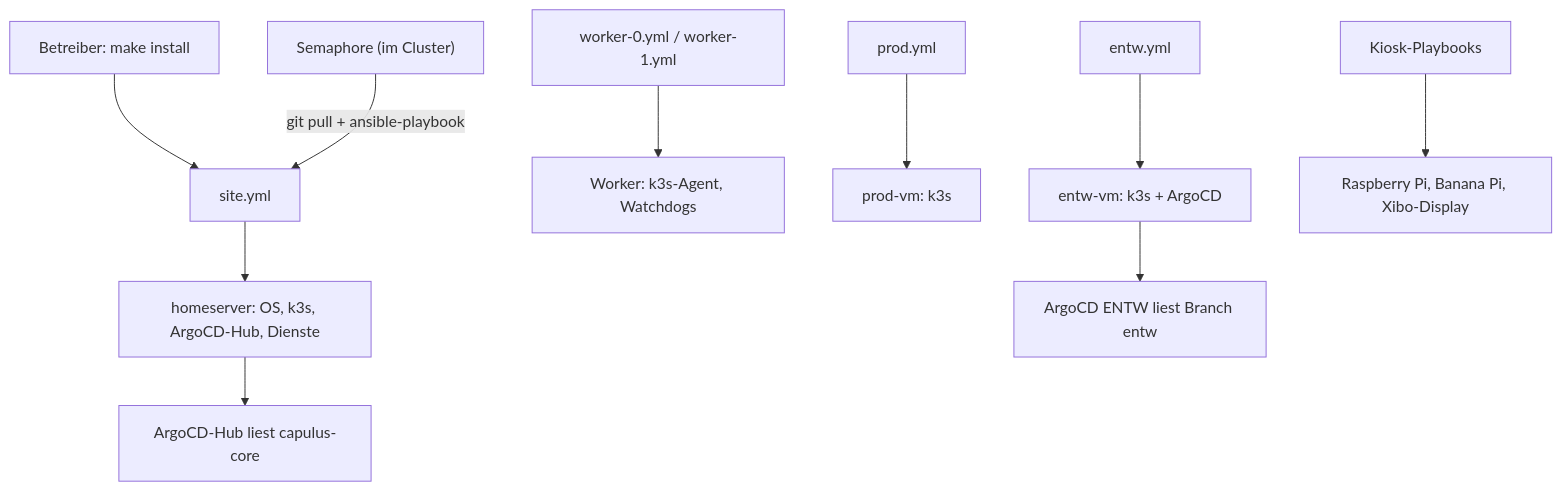
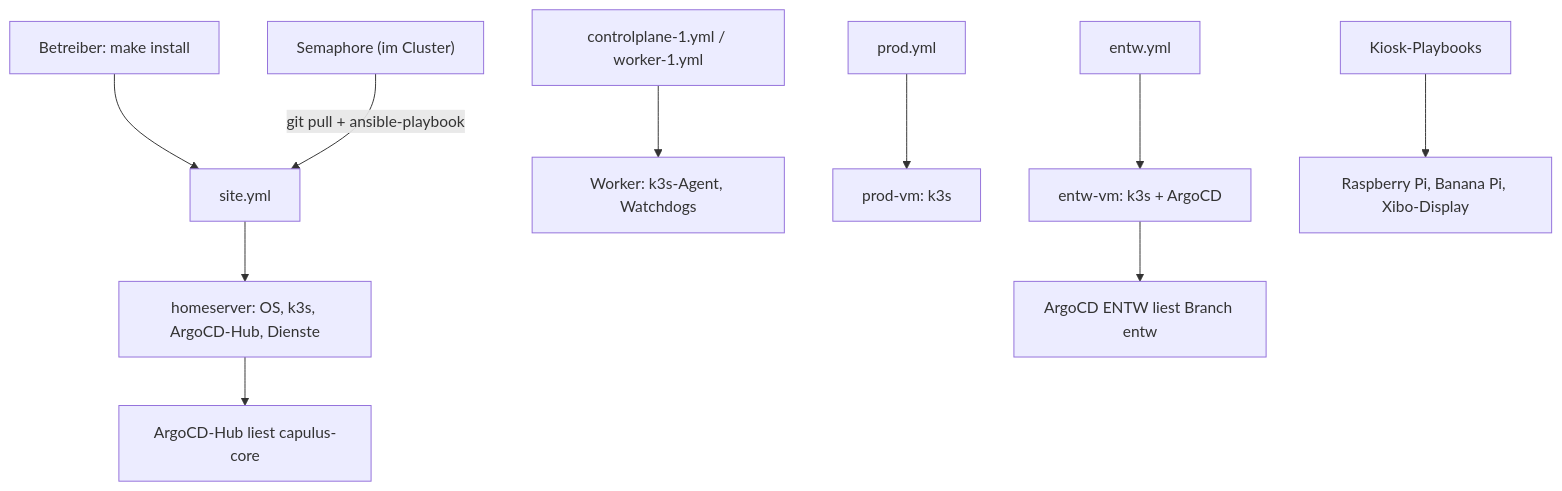
One commit to pkr-lab/docs changed the diagram in capulus/capulus-ansible/index.md. Above: the diagram before and after it, drawn with Mermaid. The commit also changed other lines of this file and 40 other files, not shown here.

````diff
--- a/capulus/capulus-ansible/index.md
+++ b/capulus/capulus-ansible/index.md
@@ -19,12 +19,12 @@
 ```mermaid
 flowchart TD
   op["Betreiber: make install"] --> site["site.yml"]
   site --> tech["homeserver: OS, k3s, ArgoCD-Hub, Dienste"]
-  w["worker-0.yml / worker-1.yml"] --> agents["Worker: k3s-Agent, Watchdogs"]
+  w["controlplane-1.yml / worker-1.yml"] --> agents["Worker: k3s-Agent, Watchdogs"]
   prod["prod.yml"] --> pvm["prod-vm: k3s"]
   entw["entw.yml"] --> evm["entw-vm: k3s + ArgoCD"]
   kiosk["Kiosk-Playbooks"] --> pis["Raspberry Pi, Banana Pi, Xibo-Display"]
   tech --> hub["ArgoCD-Hub liest capulus-core"]
   evm --> eargo["ArgoCD ENTW liest Branch entw"]
   sem["Semaphore (im Cluster)"] -->|"git pull + ansible-playbook"| site
 ```
````
